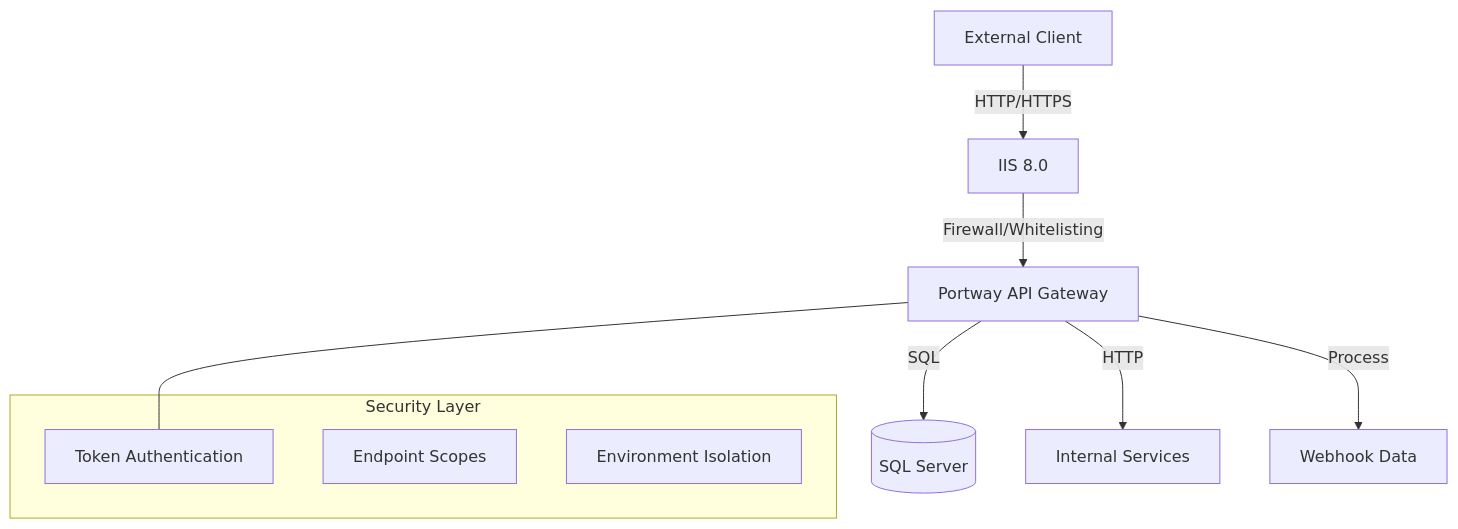
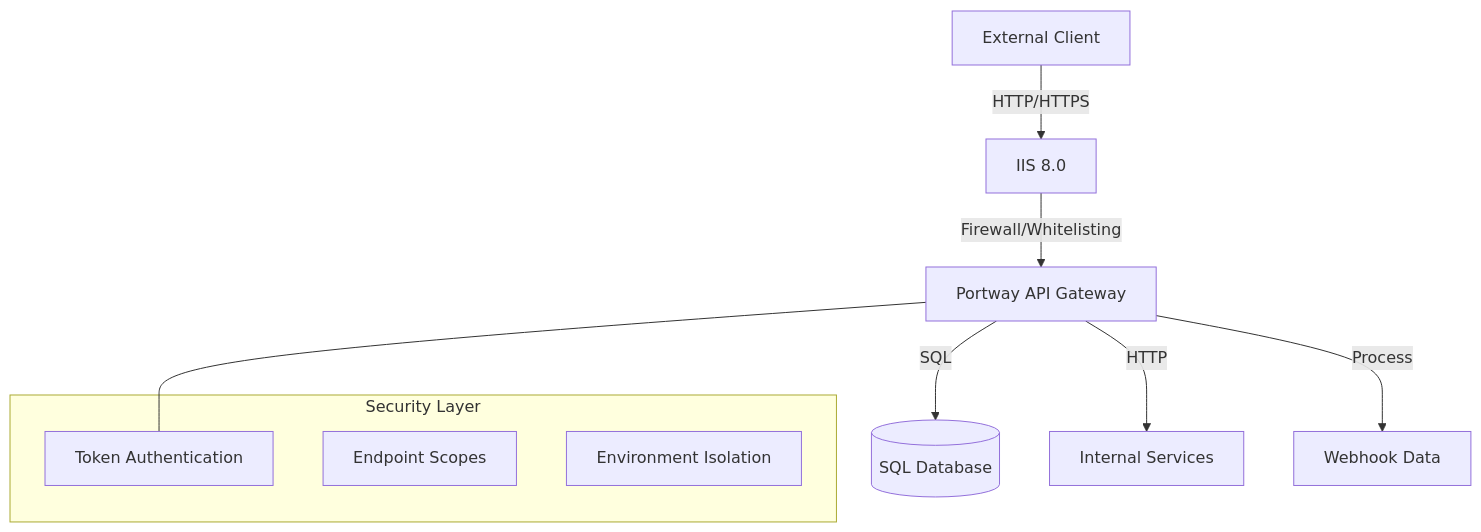
One commit to melosso/portway changed the first of 2 diagrams in Documentation/docs/guide/routing.md. Above: the diagram before and after it, drawn with Mermaid. The commit also changed 14 other files, not shown here.

````diff
--- a/Documentation/docs/guide/routing.md
+++ b/Documentation/docs/guide/routing.md
@@ -9,16 +9,16 @@
 ```mermaid
 graph TD
     Client[External Client] -->|HTTP/HTTPS| IIS[IIS 8.0]
     IIS -->|Firewall/Whitelisting| Portway[Portway API Gateway]
-    Portway -->|SQL| DB[(SQL Server)]
+    Portway -->|SQL| DB[(SQL Database)]
     Portway -->|HTTP| Services[Internal Services]
     Portway -->|Process| Webhooks[Webhook Data]
     
     subgraph Security Layer
         Auth[Token Authentication]
         Scope[Endpoint Scopes]
         Env[Environment Isolation]
     end
     
     Portway --- Auth
 ```
````
